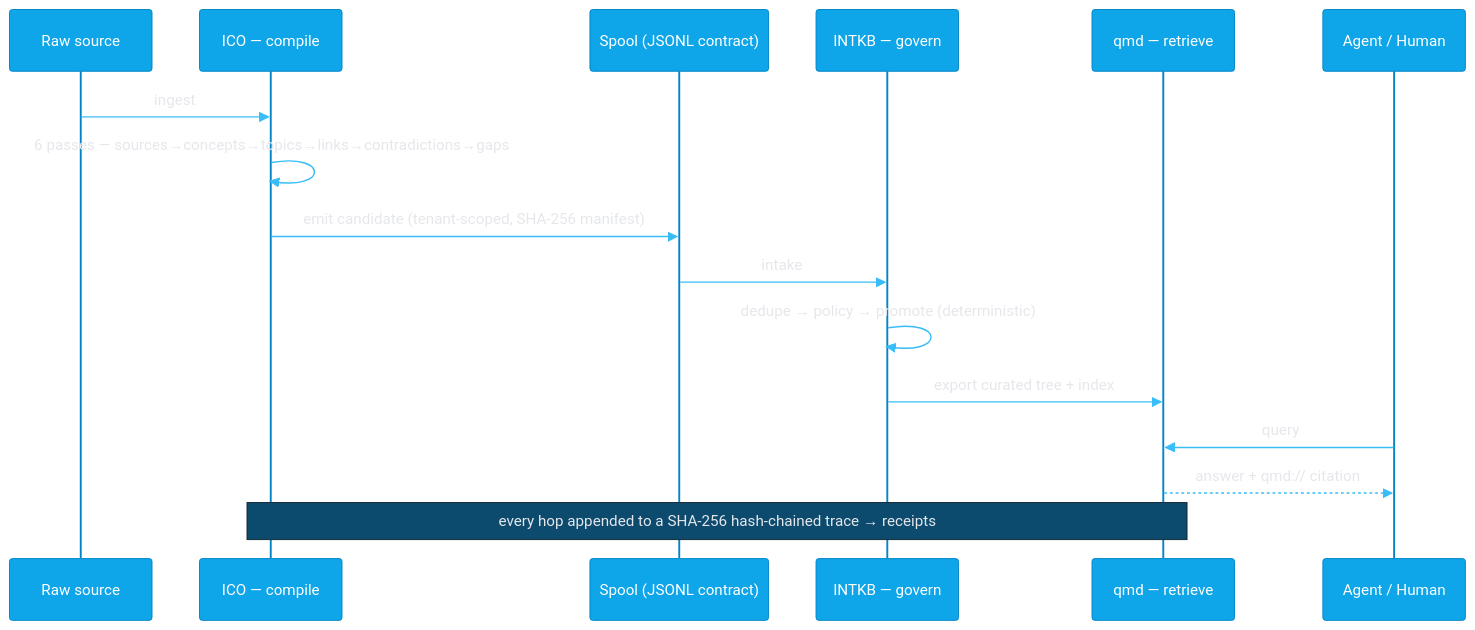
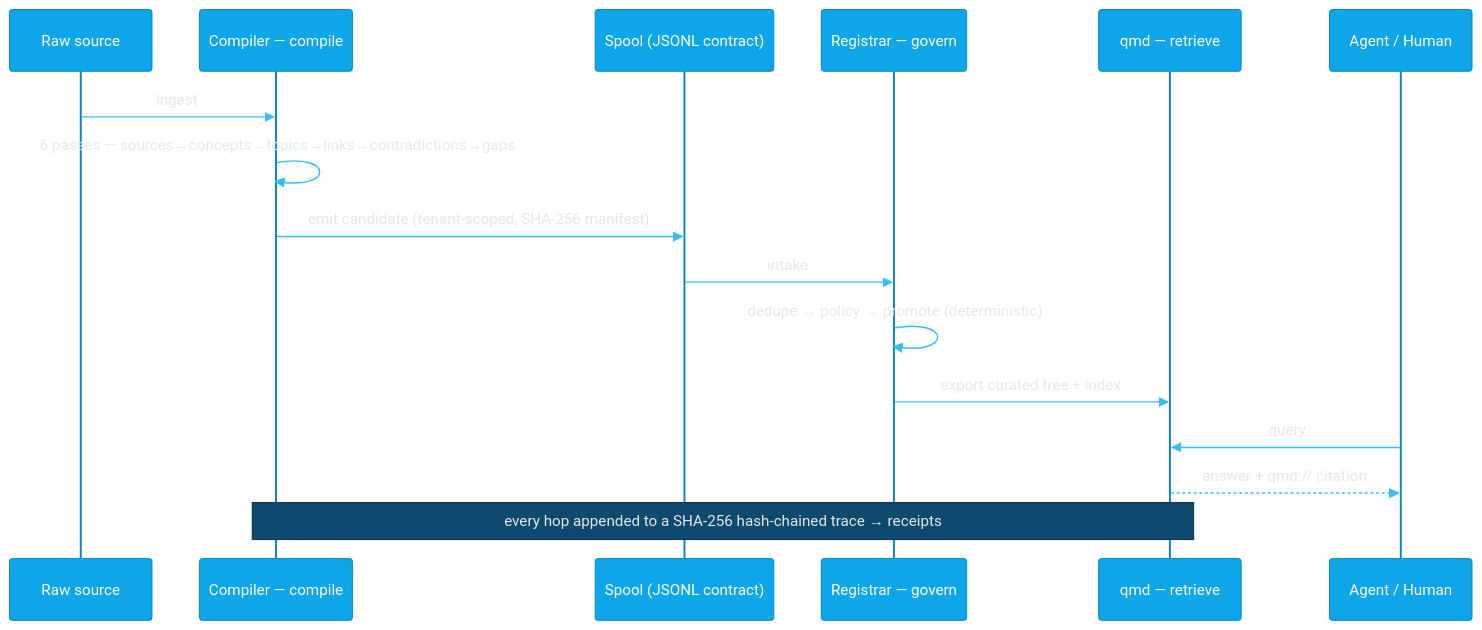
One commit to intent-solutions-io/governed-second-brain changed the second of 3 diagrams in README.md. Above: the diagram before and after it, drawn with Mermaid. The commit also changed other lines of this file and 15 other files, not shown here.

````diff
--- a/README.md
+++ b/README.md
@@ -114,24 +114,24 @@
 ```mermaid
 %%{init: {'theme':'base','themeVariables':{
   'primaryColor':'#0ea5e9','primaryBorderColor':'#0284c7','primaryTextColor':'#ffffff',
   'lineColor':'#38bdf8','signalColor':'#38bdf8','signalTextColor':'#e5e7eb',
   'actorBkg':'#0ea5e9','actorBorder':'#0284c7','actorTextColor':'#ffffff',
   'noteBkgColor':'#0c4a6e','noteTextColor':'#e5e7eb'}}}%%
 sequenceDiagram
     participant S as Raw source
-    participant ICO as ICO — compile
+    participant ICO as Compiler — compile
     participant SP as Spool (JSONL contract)
-    participant KB as INTKB — govern
+    participant KB as Registrar — govern
     participant Q as qmd — retrieve
     participant A as Agent / Human
 
     S->>ICO: ingest
     ICO->>ICO: 6 passes — sources→concepts→topics→links→contradictions→gaps
     ICO->>SP: emit candidate (tenant-scoped, SHA-256 manifest)
     SP->>KB: intake
     KB->>KB: dedupe → policy → promote (deterministic)
     KB->>Q: export curated tree + index
     A->>Q: query
     Q-->>A: answer + qmd:// citation
     Note over ICO,Q: every hop appended to a SHA-256 hash-chained trace → receipts
 ```
````
